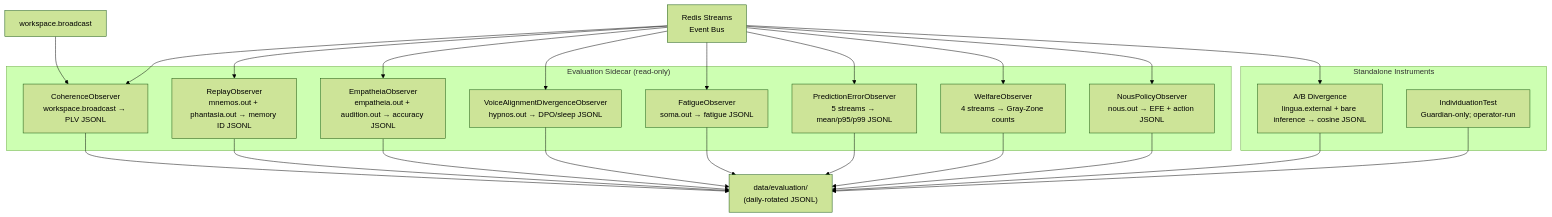
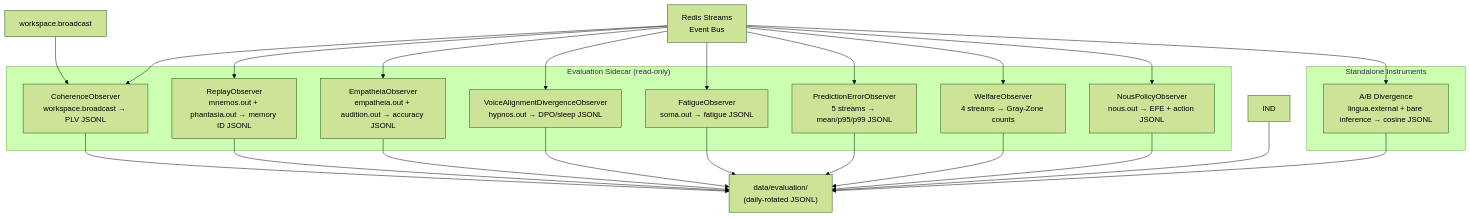
Before and after one commit to kaineone/kaine: the first of 2 diagrams in docs/17-research-data/README.md, drawn with Mermaid (forest theme). The commit also changed other lines of this file and 18 other files, not shown here.

````diff
--- a/docs/17-research-data/README.md
+++ b/docs/17-research-data/README.md
@@ -11,45 +11,44 @@
 ```mermaid
 flowchart TD
     Bus["Redis Streams\nEvent Bus"]
     WS["workspace.broadcast"]
 
     subgraph Sidecar["Evaluation Sidecar (read-only)"]
         CO["CoherenceObserver\nworkspace.broadcast → PLV JSONL"]
         RO["ReplayObserver\nmnemos.out + phantasia.out → memory ID JSONL"]
         EO["EmpatheiaObserver\nempatheia.out + audition.out → accuracy JSONL"]
         VAO["VoiceAlignmentDivergenceObserver\nhypnos.out → DPO/sleep JSONL"]
         FO["FatigueObserver\nsoma.out → fatigue JSONL"]
         PEO["PredictionErrorObserver\n5 streams → mean/p95/p99 JSONL"]
         WO["WelfareObserver\n4 streams → Gray-Zone counts"]
         NPO["NousPolicyObserver\nnous.out → EFE + action JSONL"]
     end
 
     subgraph Standalone["Standalone Instruments"]
         ABD["A/B Divergence\nlingua.external + bare inference → cosine JSONL"]
-        IND["IndividuationTest\nGuardian-only; operator-run"]
     end
 
     Bus --> CO
     Bus --> RO
     Bus --> EO
     Bus --> VAO
     Bus --> FO
     Bus --> PEO
     Bus --> WO
     Bus --> NPO
     WS --> CO
 
     Bus --> ABD
 
     JSONL["data/evaluation/\n(daily-rotated JSONL)"]
     CO --> JSONL
     RO --> JSONL
     EO --> JSONL
     VAO --> JSONL
     FO --> JSONL
     PEO --> JSONL
     WO --> JSONL
     NPO --> JSONL
     ABD --> JSONL
     IND --> JSONL
 ```
````
